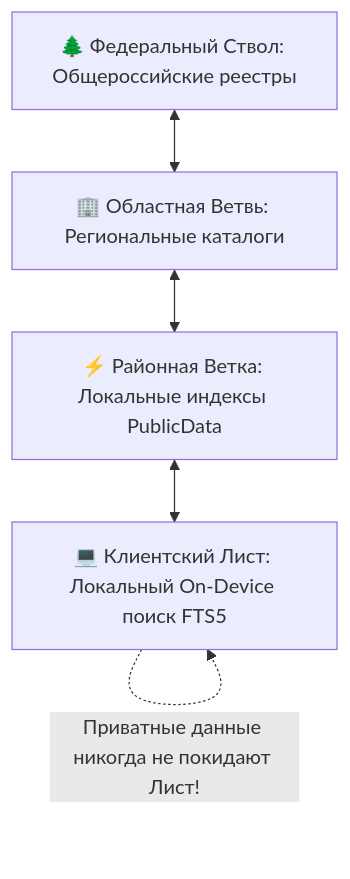
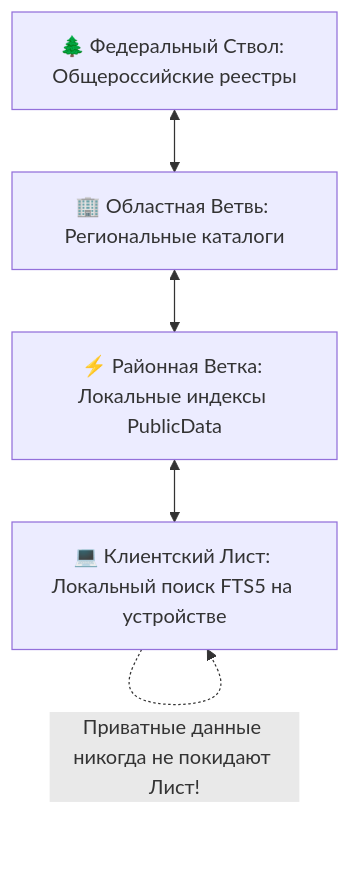
One commit to Data-Independence-Network/presentations changed the first of 11 diagrams in architecture_presentations/06_tree_search_and_analytics/docs/presentation_deck.md. Above: the diagram before and after it, drawn with Mermaid. The commit also changed other lines of this file and 88 other files, not shown here.

```diff
--- a/architecture_presentations/06_tree_search_and_analytics/docs/presentation_deck.md
+++ b/architecture_presentations/06_tree_search_and_analytics/docs/presentation_deck.md
@@ -25,12 +25,12 @@
         <div class="mermaid">
 graph TD
     Trunk["🌲 Федеральный Ствол: Общероссийские реестры"]
     Branch["🏢 Областная Ветвь: Региональные каталоги"]
     SubBranch["⚡ Районная Ветка: Локальные индексы PublicData"]
-    Leaf["💻 Клиентский Лист: Локальный On-Device поиск FTS5"]
+    Leaf["💻 Клиентский Лист: Локальный поиск FTS5 на устройстве"]
 
     Trunk <--> Branch
     Branch <--> SubBranch
     SubBranch <--> Leaf
     Leaf -.->|Приватные данные никогда не покидают Лист!| Leaf
         </div>
```
